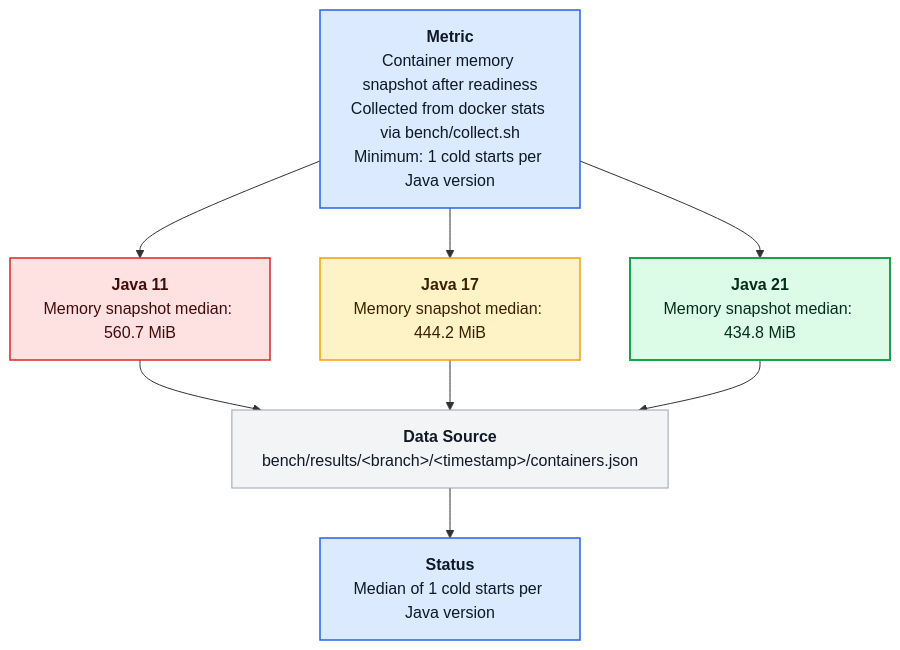
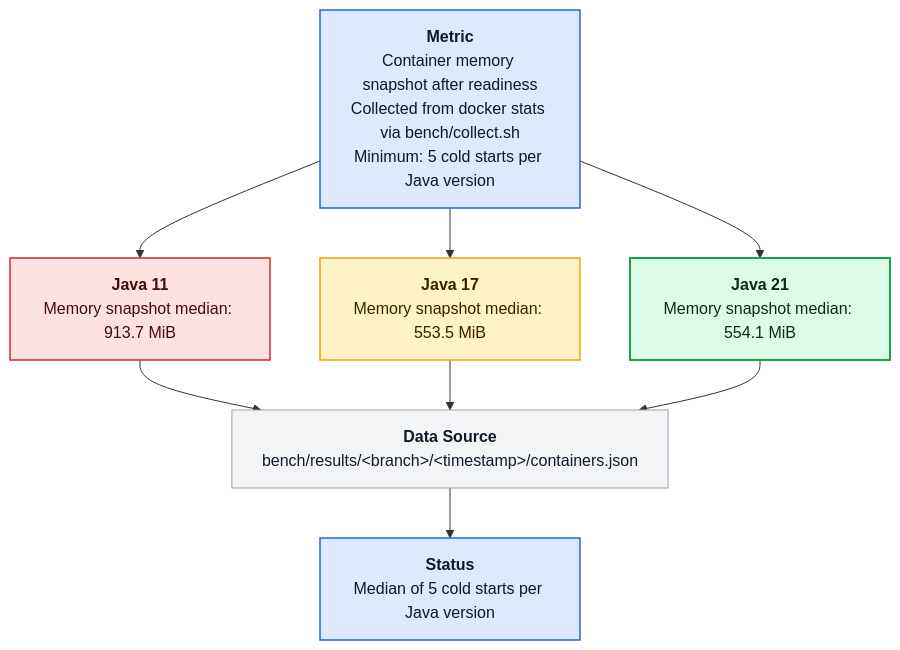
One commit to SaschaMoellering/acmecorp-platform changed the diagram in docs/episodes/episode-07/assets/diagrams/E07-D02-memory-footprint-comparison.md. Above: the diagram before and after it, drawn with Mermaid. The commit also changed 3 other files, not shown here.

````diff
--- a/docs/episodes/episode-07/assets/diagrams/E07-D02-memory-footprint-comparison.md
+++ b/docs/episodes/episode-07/assets/diagrams/E07-D02-memory-footprint-comparison.md
@@ -1,27 +1,27 @@
 ```mermaid
 flowchart TB
 
 %% === AcmeCorp Diagram Style Standard ===
 classDef java11 fill:#FEE2E2,stroke:#DC2626,stroke-width:1.5px,color:#450A0A;
 classDef java17 fill:#FEF3C7,stroke:#F59E0B,stroke-width:1.5px,color:#3B1F00;
 classDef java21 fill:#DCFCE7,stroke:#16A34A,stroke-width:2px,color:#052E16;
 classDef metric fill:#DBEAFE,stroke:#2563EB,stroke-width:1.5px,color:#0F172A;
 classDef component fill:#F3F4F6,stroke:#9CA3AF,stroke-width:1px,color:#111827;
 
-Method["<b>Metric</b><br/>Container memory snapshot after readiness<br/>Collected from docker stats via bench/collect.sh<br/>Minimum: 1 cold starts per Java version"]:::metric
+Method["<b>Metric</b><br/>Container memory snapshot after readiness<br/>Collected from docker stats via bench/collect.sh<br/>Minimum: 5 cold starts per Java version"]:::metric
 
-J11["<b>Java 11</b><br/>Memory snapshot median: 560.7 MiB"]:::java11
-J17["<b>Java 17</b><br/>Memory snapshot median: 444.2 MiB"]:::java17
-J21["<b>Java 21</b><br/>Memory snapshot median: 434.8 MiB"]:::java21
+J11["<b>Java 11</b><br/>Memory snapshot median: 913.7 MiB"]:::java11
+J17["<b>Java 17</b><br/>Memory snapshot median: 553.5 MiB"]:::java17
+J21["<b>Java 21</b><br/>Memory snapshot median: 554.1 MiB"]:::java21
 
 Data["<b>Data Source</b><br/>bench/results/&lt;branch&gt;/&lt;timestamp&gt;/containers.json"]:::component
-Status["<b>Status</b><br/>Median of 1 cold starts per Java version"]:::metric
+Status["<b>Status</b><br/>Median of 5 cold starts per Java version"]:::metric
 
 Method --> J11
 Method --> J17
 Method --> J21
 J11 --> Data
 J17 --> Data
 J21 --> Data
 Data --> Status
 ```
````
